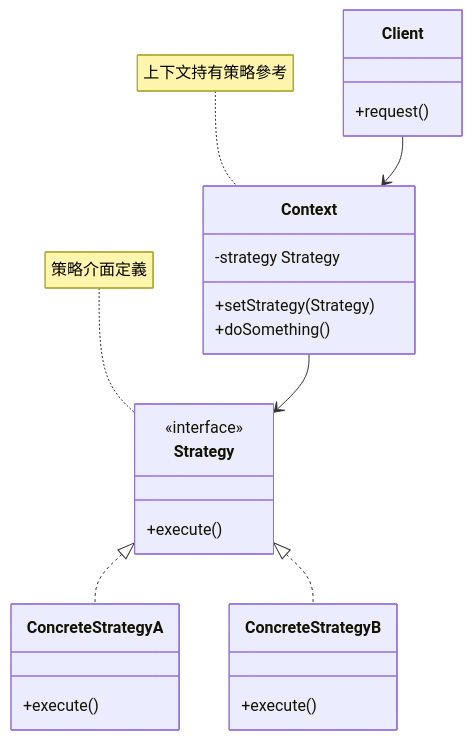
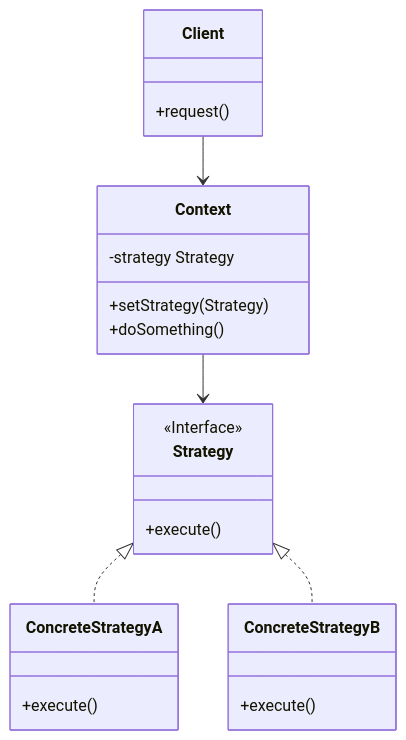
Before and after one commit to chihhung/Blog: the fourth of 21 diagrams in content/posts/教學/分析與設計/Design Pattern教學(二).md, drawn with Mermaid. The commit also changed other lines of this file and 9 other files, not shown here.

Commit message:
修復 Mermaid v11 interface 語法

````diff
--- a/content/posts/教學/分析與設計/Design Pattern教學(二).md
+++ b/content/posts/教學/分析與設計/Design Pattern教學(二).md
@@ -388,29 +388,26 @@
 ```mermaid
 classDiagram
     class Client {
         +request()
     }
     class Context {
         -strategy Strategy
         +setStrategy(Strategy)
         +doSomething()
     }
     class Strategy {
-        <<interface>>
+        <<Interface>>
         +execute()
     }
     class ConcreteStrategyA {
         +execute()
     }
     class ConcreteStrategyB {
         +execute()
     }
     
     Client --> Context
     Context --> Strategy
     Strategy <|.. ConcreteStrategyA
     Strategy <|.. ConcreteStrategyB
-    
-    note for Strategy "策略介面定義"
-    note for Context "上下文持有策略參考"
 ```
````
